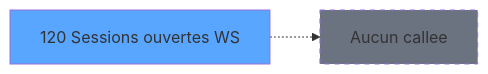
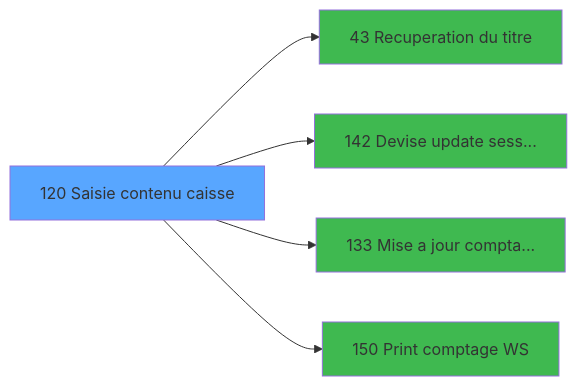
One commit to thonyAGP/lecteur-magic changed the third of 3 diagrams in .openspec/specs/ADH-IDE-120.md. Above: the diagram before and after it, drawn with Mermaid. The commit also changed other lines of this file and 493 other files, not shown here.

````diff
--- a/.openspec/specs/ADH-IDE-120.md
+++ b/.openspec/specs/ADH-IDE-120.md
@@ -163,8 +574,17 @@
 ```mermaid
 graph LR
-    T120[120 Sessions ouvertes WS]
+    T120[120 Saisie contenu caisse]
     style T120 fill:#58a6ff
-    NONE[Aucun callee]
-    T120 -.-> NONE
-    style NONE fill:#6b7280,stroke-dasharray: 5 5
+    C43[43 Recuperation du titre]
+    T120 --> C43
+    style C43 fill:#3fb950
+    C142[142 Devise update sess...]
+    T120 --> C142
+    style C142 fill:#3fb950
+    C133[133 Mise a jour compta...]
+    T120 --> C133
+    style C133 fill:#3fb950
+    C150[150 Print comptage WS]
+    T120 --> C150
+    style C150 fill:#3fb950
 ```
````
